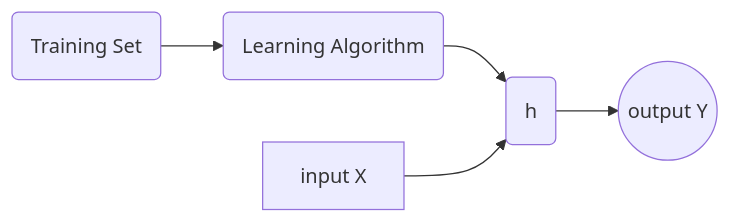
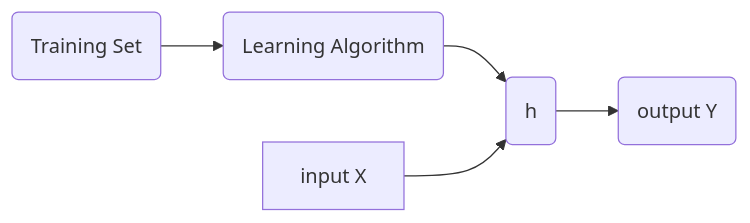
Before and after one commit to LeoLiu8023AmyLu/Machine_Learning: the diagram in Machine_Learning_Notes/Chapter02.md, drawn with Mermaid. The commit also changed other lines of this file, not shown here.

````diff
--- a/Machine_Learning_Notes/Chapter02.md
+++ b/Machine_Learning_Notes/Chapter02.md
@@ -12,7 +12,7 @@
 ```mermaid
 graph LR;
 A(Training Set) --> B(Learning Algorithm);
 B --> D(h)
 C[input X] --> D
-D --> E((output Y)) 
+D --> E(output Y) 
 ```
````
